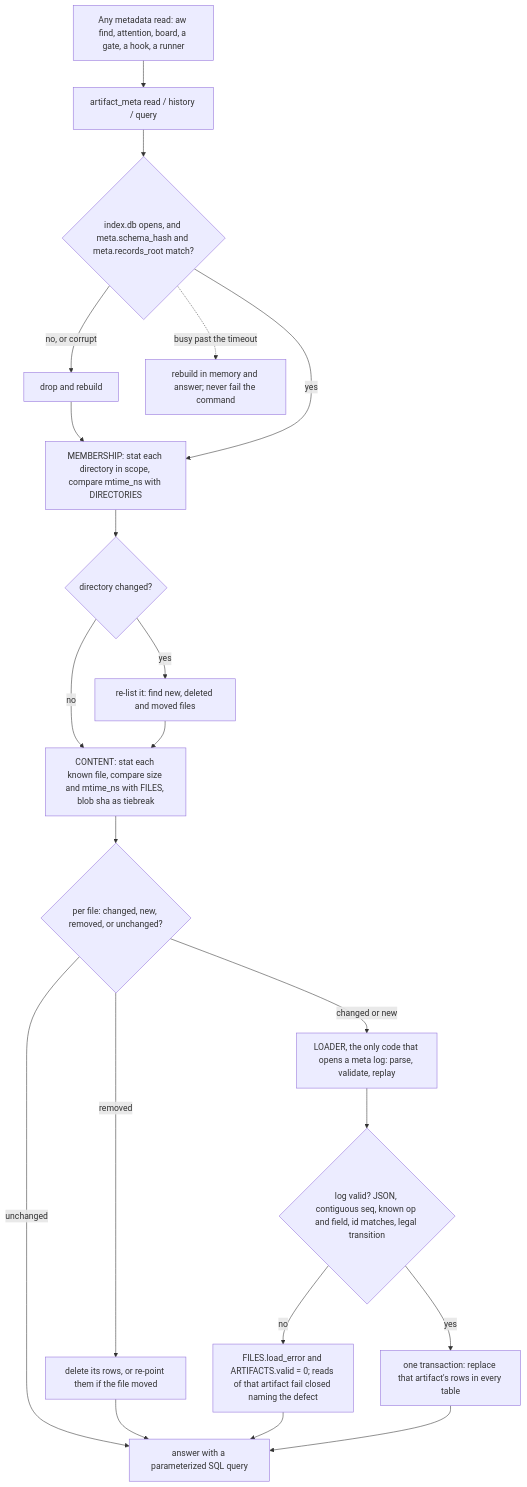
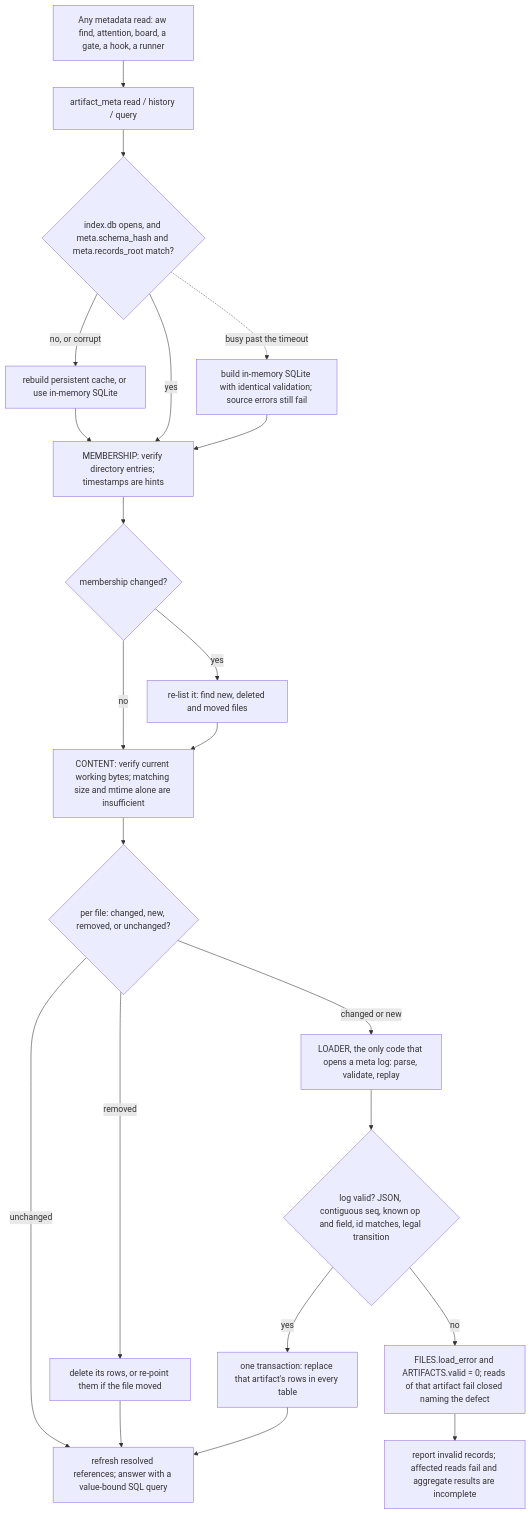
Before and after one commit to fariello/agent-workflows: the fourth of 10 diagrams in .aw/records/specs/reviewed/20260925-metastore-01-4sd62s-artifact-metadata-store.spec.md, drawn with Mermaid. The commit also changed other lines of this file and 1 other file, not shown here.

````diff
--- a/.aw/records/specs/reviewed/20260925-metastore-01-4sd62s-artifact-metadata-store.spec.md
+++ b/.aw/records/specs/reviewed/20260925-metastore-01-4sd62s-artifact-metadata-store.spec.md
@@ -1311,23 +1414,24 @@
 ```mermaid
 flowchart TD
     A["Any metadata read: aw find, attention, board, a gate, a hook, a runner"] --> B["artifact_meta read / history / query"]
     B --> C{"index.db opens, and meta.schema_hash and meta.records_root match?"}
-    C -- "no, or corrupt" --> D["drop and rebuild"]
+    C -- "no, or corrupt" --> D["rebuild persistent cache, or use in-memory SQLite"]
     D --> E
-    C -- yes --> E["MEMBERSHIP: stat each directory in scope, compare mtime_ns with DIRECTORIES"]
-    E --> E2{"directory changed?"}
+    C -- yes --> E["MEMBERSHIP: verify directory entries; timestamps are hints"]
+    E --> E2{"membership changed?"}
     E2 -- yes --> E3["re-list it: find new, deleted and moved files"]
     E2 -- no --> E4
-    E3 --> E4["CONTENT: stat each known file, compare size and mtime_ns with FILES, blob sha as tiebreak"]
+    E3 --> E4["CONTENT: verify current working bytes; matching size and mtime alone are insufficient"]
     E4 --> F{"per file: changed, new, removed, or unchanged?"}
     F -- removed --> G["delete its rows, or re-point them if the file moved"]
     F -- "changed or new" --> H["LOADER, the only code that opens a meta log: parse, validate, replay"]
     H --> I{"log valid? JSON, contiguous seq, known op and field, id matches, legal transition"}
     I -- no --> J["FILES.load_error and ARTIFACTS.valid = 0; reads of that artifact fail closed naming the defect"]
     I -- yes --> K["one transaction: replace that artifact's rows in every table"]
     F -- unchanged --> L
     G --> L
-    J --> L
-    K --> L["answer with a parameterized SQL query"]
-    C -. "busy past the timeout" .-> M["rebuild in memory and answer; never fail the command"]
+    J --> J2["report invalid records; affected reads fail and aggregate results are incomplete"]
+    K --> L["refresh resolved references; answer with a value-bound SQL query"]
+    C -. "busy past the timeout" .-> M["build in-memory SQLite with identical validation; source errors still fail"]
+    M --> E
 ```
````
